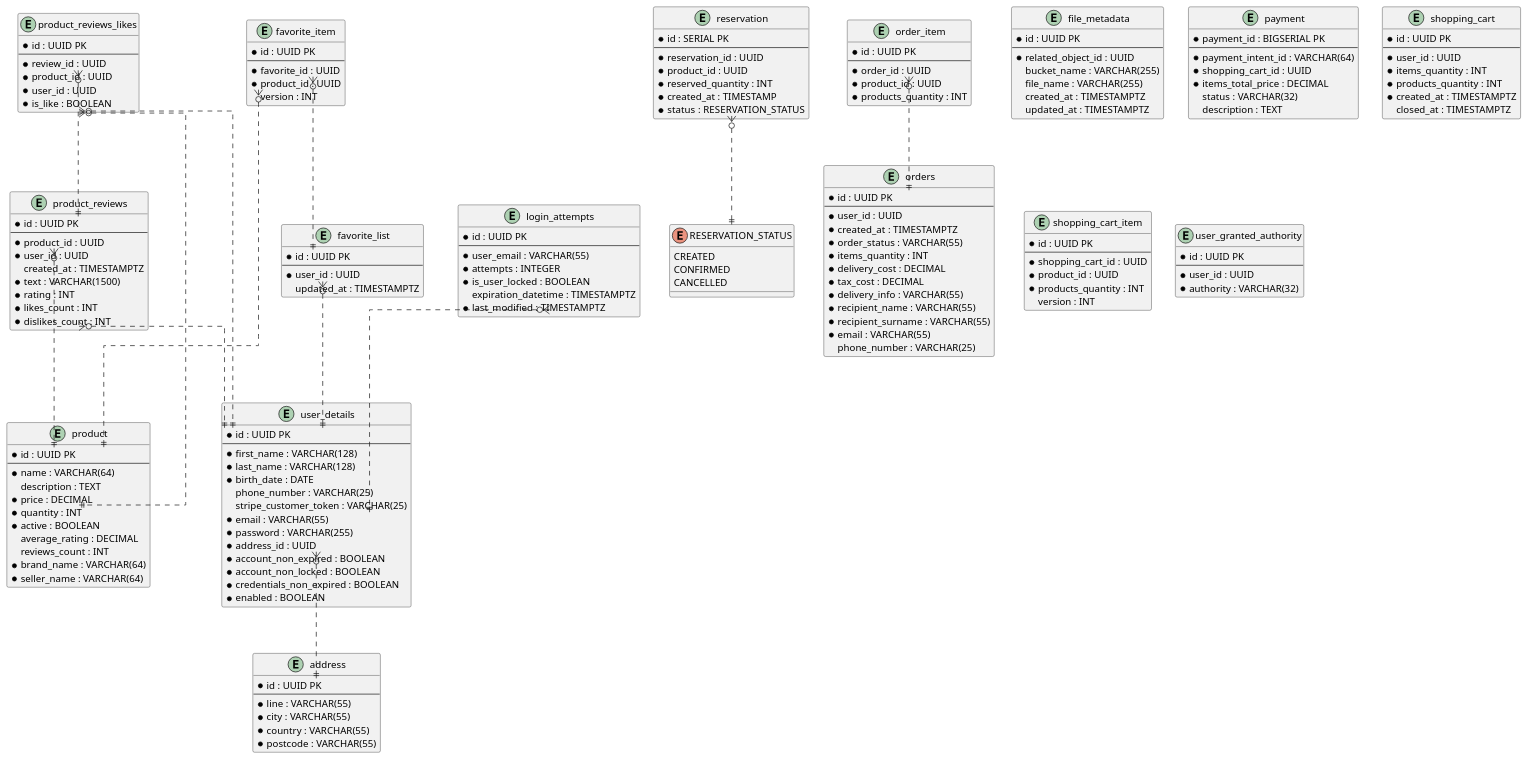
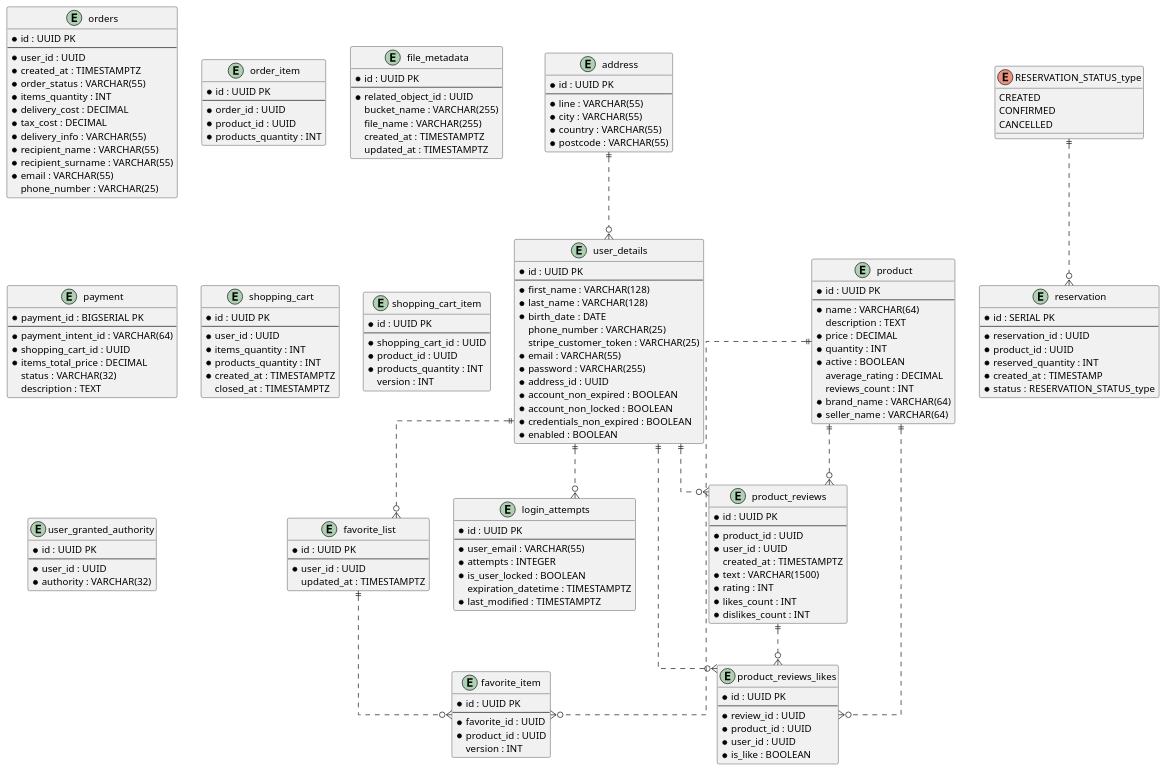
Before and after one commit to sahilsian/Iced-Latte-ecommerce: the diagram in docs/ERD.puml, drawn with PlantUML. The commit also changed 2 other files, not shown here.

Commit message:
ERD updated - no inner-blocks links

```diff
--- a/docs/ERD.puml
+++ b/docs/ERD.puml
@@ -1,199 +1,197 @@
 @startuml
 ' hide the spot
 ' hide circle
 
 ' avoid problems with angled crows feet
 skinparam linetype ortho
 
 entity "orders" as or {
  *id : UUID PK
  --
  *user_id : UUID
  *created_at : TIMESTAMPTZ
  *order_status : VARCHAR(55)
  *items_quantity : INT
  *delivery_cost : DECIMAL
  *tax_cost : DECIMAL
  *delivery_info : VARCHAR(55)
  *recipient_name : VARCHAR(55)
  *recipient_surname : VARCHAR(55)
  *email : VARCHAR(55)
  phone_number : VARCHAR(25)
 }
 
 entity "order_item" as oi {
  *id : UUID PK
  --
  *order_id : UUID
  *product_id : UUID
  *products_quantity : INT
 }
 
 entity "login_attempts" as la {
  *id : UUID PK
  --
  *user_email : VARCHAR(55)
  *attempts : INTEGER
  *is_user_locked : BOOLEAN
  expiration_datetime : TIMESTAMPTZ
  *last_modified : TIMESTAMPTZ
 }
 
 entity "product_reviews" as rv {
  *id : UUID PK
  --
  *product_id : UUID
  *user_id : UUID
  created_at : TIMESTAMPTZ
  *text : VARCHAR(1500)
  *rating : INT
  *likes_count : INT
  *dislikes_count : INT
 }
 
 entity "product_reviews_likes" as rl {
  *id : UUID PK
  --
  *review_id : UUID
  *product_id : UUID
  *user_id : UUID
  *is_like : BOOLEAN
 }
 
 entity "file_metadata" as md {
  *id : UUID PK
  --
  *related_object_id : UUID
  bucket_name : VARCHAR(255)
  file_name : VARCHAR(255)
  created_at : TIMESTAMPTZ
  updated_at : TIMESTAMPTZ
 }
 
 entity "product" as pd {
  *id : UUID PK
  --
  *name : VARCHAR(64)
  description : TEXT
  *price : DECIMAL
  *quantity : INT
  *active : BOOLEAN
  average_rating : DECIMAL
  reviews_count : INT
  *brand_name : VARCHAR(64)
  *seller_name : VARCHAR(64)
 }
 
 entity "payment" as py {
  *payment_id : BIGSERIAL PK
  --
  *payment_intent_id : VARCHAR(64)
  *shopping_cart_id : UUID
  *items_total_price : DECIMAL
  status : VARCHAR(32)
  description : TEXT
 }
 
 entity "shopping_cart" as ct {
  *id : UUID PK
  --
  *user_id : UUID
  *items_quantity : INT
  *products_quantity : INT
  *created_at : TIMESTAMPTZ
  closed_at : TIMESTAMPTZ
 }
 
 entity "shopping_cart_item" as ci {
  *id : UUID PK
  --
  *shopping_cart_id : UUID
  *product_id : UUID
  *products_quantity : INT
  version : INT
 }
 
-enum "RESERVATION_STATUS" as rs {
+enum "RESERVATION_STATUS_type" as rs {
   CREATED
   CONFIRMED
   CANCELLED
 }
 
 entity "reservation" as rr {
  *id : SERIAL PK
  --
  *reservation_id : UUID
  *product_id : UUID
  *reserved_quantity : INT
  *created_at : TIMESTAMP
- *status : RESERVATION_STATUS
+ *status : RESERVATION_STATUS_type
 }
 
 entity "favorite_list" as fl {
  *id : UUID PK
  --
  *user_id : UUID
  updated_at : TIMESTAMPTZ
 }
 
 entity "favorite_item" as fi {
  *id : UUID PK
  --
  *favorite_id : UUID
  *product_id : UUID
  version : INT
 }
 
 entity "address" as ad {
  *id : UUID PK
  --
  *line : VARCHAR(55)
  *city : VARCHAR(55)
  *country : VARCHAR(55)
  *postcode : VARCHAR(55)
 }
 
 entity "user_granted_authority" as ua {
  *id : UUID PK
  --
  *user_id : UUID
  *authority : VARCHAR(32)
 }
 
 entity "user_details" as ud {
  *id : UUID PK
  --
  *first_name : VARCHAR(128)
  *last_name : VARCHAR(128)
  *birth_date : DATE
  phone_number : VARCHAR(25)
  stripe_customer_token : VARCHAR(25)
  *email : VARCHAR(55)
  *password : VARCHAR(255)
  *address_id : UUID
  *account_non_expired : BOOLEAN
  *account_non_locked : BOOLEAN
  *credentials_non_expired : BOOLEAN
  *enabled : BOOLEAN
 }
 
+ud ||..o{ la
+ud ||..o{ rv
+pd ||..o{ rv
 
-or::id ||.up.o{ oi::order_id
-ud::email ||.up.o{ la::user_email
-ud::id ||.up.o{ rv::user_id
-pd::id ||.up.o{ rv::product_id
+rv ||..o{ rl
+pd ||..o{ rl
+ud ||..o{ rl
 
-rv::id ||.up.o{ rl::review_id
-pd::id ||.up.o{ rl::product_id
-ud::id ||.up.o{ rl::user_id
+rs ||..o{ rr
 
-rs ||.up.o{ rr::status
+ud ||..o{ fl
 
-ud::id ||.up.o{ fl::user_id
+fl ||..o{ fi
+pd ||..o{ fi
 
-fl::id ||.up.o{ fi::favorite_id
-pd::id ||.up.o{ fi::product_id
-
-ad::id ||.up.o{ ud::address_id
+ad ||..o{ ud
 
 @enduml
```
